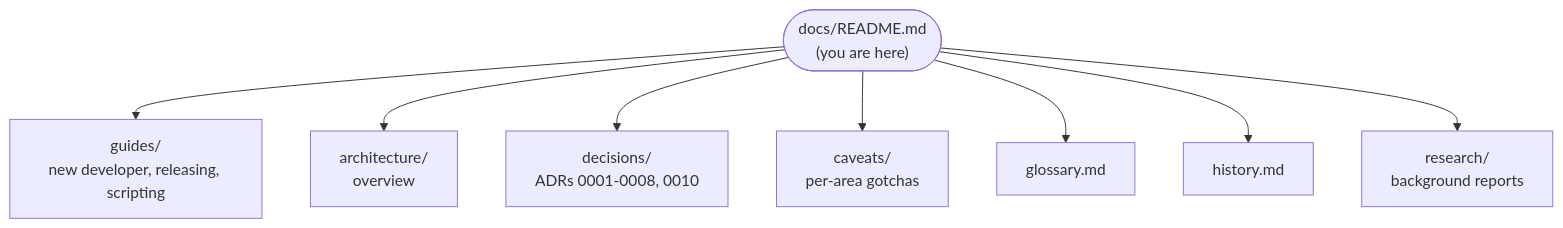
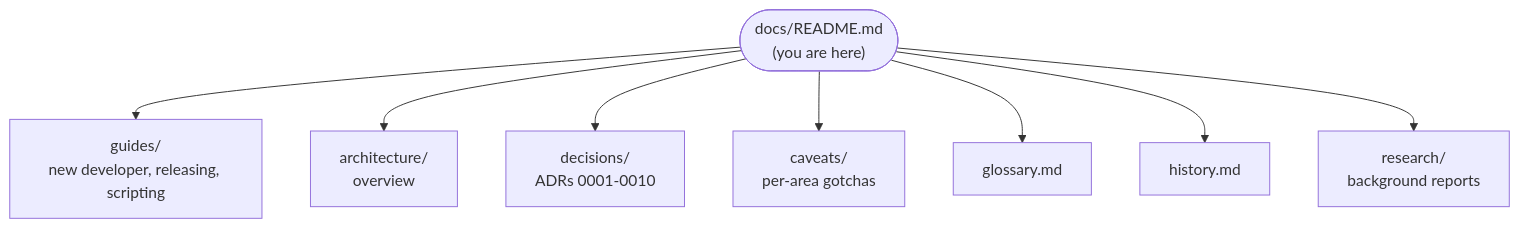
The diagram in docs/README.md (joebarbere/controls), drawn with Mermaid before and after one commit. The commit also changed other lines of this file and 51 other files, not shown here.

````diff
--- a/docs/README.md
+++ b/docs/README.md
@@ -5,11 +5,11 @@
 ```mermaid
 flowchart TD
     HUB(["docs/README.md<br/>(you are here)"])
     HUB --> G["guides/<br/>new developer, releasing, scripting"]
     HUB --> A["architecture/<br/>overview"]
-    HUB --> D["decisions/<br/>ADRs 0001-0008, 0010"]
+    HUB --> D["decisions/<br/>ADRs 0001-0010"]
     HUB --> C["caveats/<br/>per-area gotchas"]
     HUB --> GL["glossary.md"]
     HUB --> H["history.md"]
     HUB --> R["research/<br/>background reports"]
 ```
````
